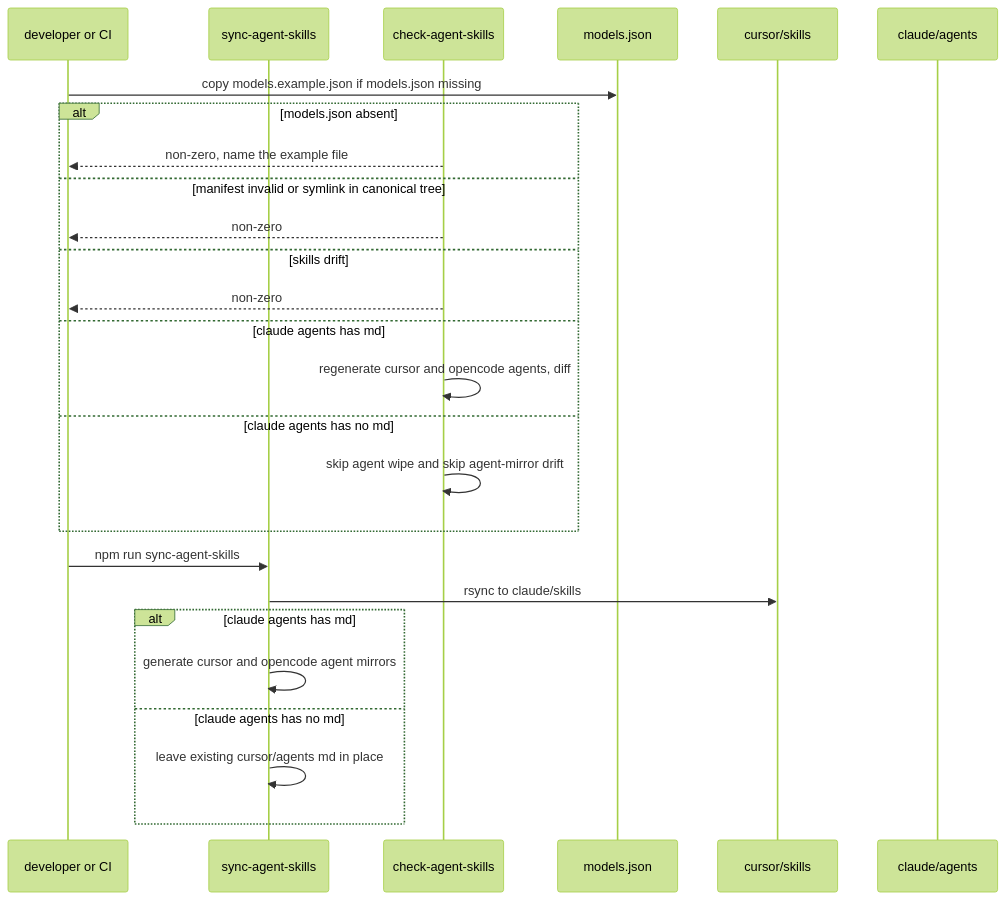
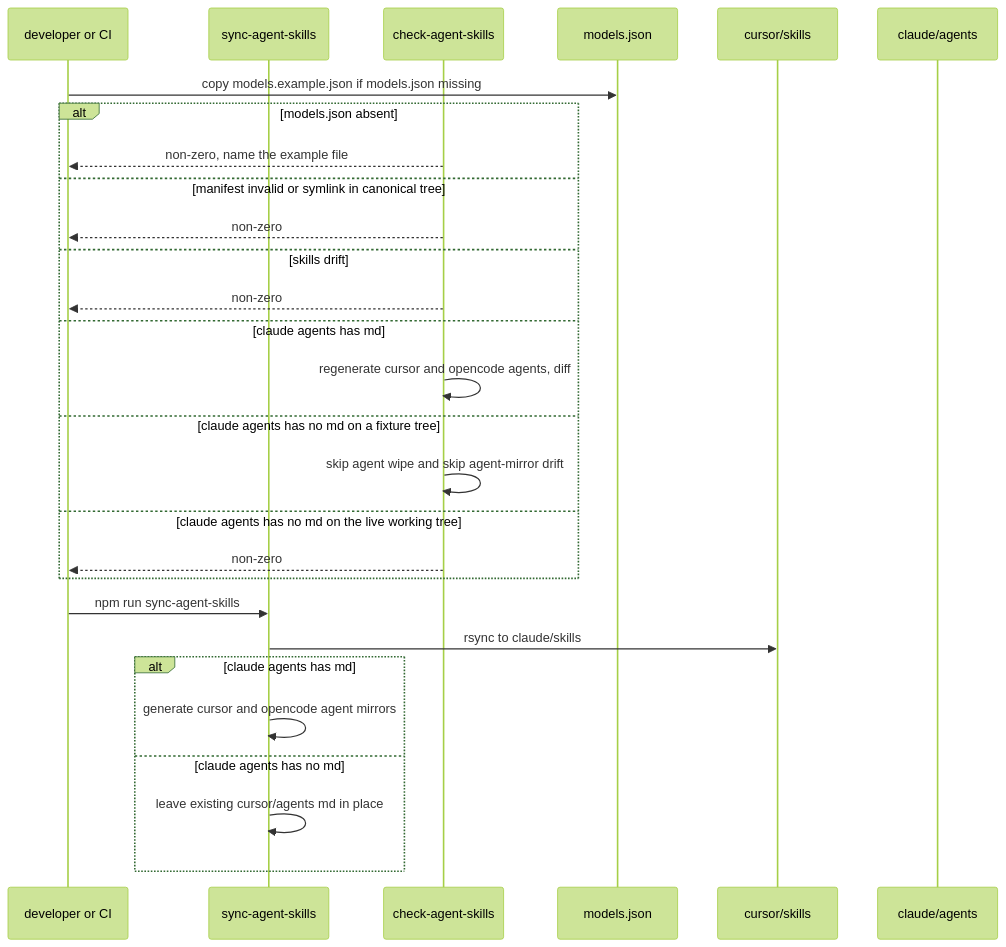
The diagram in docs/internal/spec/harness-scaffold.md (hochgi/test-kit), drawn with Mermaid (forest theme) before and after one commit. The commit also changed other lines of this file and 4 other files, not shown here.

````diff
--- a/docs/internal/spec/harness-scaffold.md
+++ b/docs/internal/spec/harness-scaffold.md
@@ -266,28 +295,30 @@
 ```mermaid
 sequenceDiagram
   participant Dev as developer or CI
   participant Sync as sync-agent-skills
   participant Check as check-agent-skills
   participant Manifest as models.json
   participant Skills as cursor/skills
   participant ClaudeA as claude/agents
   Dev->>Manifest: copy models.example.json if models.json missing
   alt models.json absent
     Check-->>Dev: non-zero, name the example file
   else manifest invalid or symlink in canonical tree
     Check-->>Dev: non-zero
   else skills drift
     Check-->>Dev: non-zero
   else claude agents has md
     Check->>Check: regenerate cursor and opencode agents, diff
-  else claude agents has no md
+  else claude agents has no md on a fixture tree
     Check->>Check: skip agent wipe and skip agent-mirror drift
+  else claude agents has no md on the live working tree
+    Check-->>Dev: non-zero
   end
   Dev->>Sync: npm run sync-agent-skills
   Sync->>Skills: rsync to claude/skills
   alt claude agents has md
     Sync->>Sync: generate cursor and opencode agent mirrors
   else claude agents has no md
     Sync->>Sync: leave existing cursor/agents md in place
   end
 ```
````
